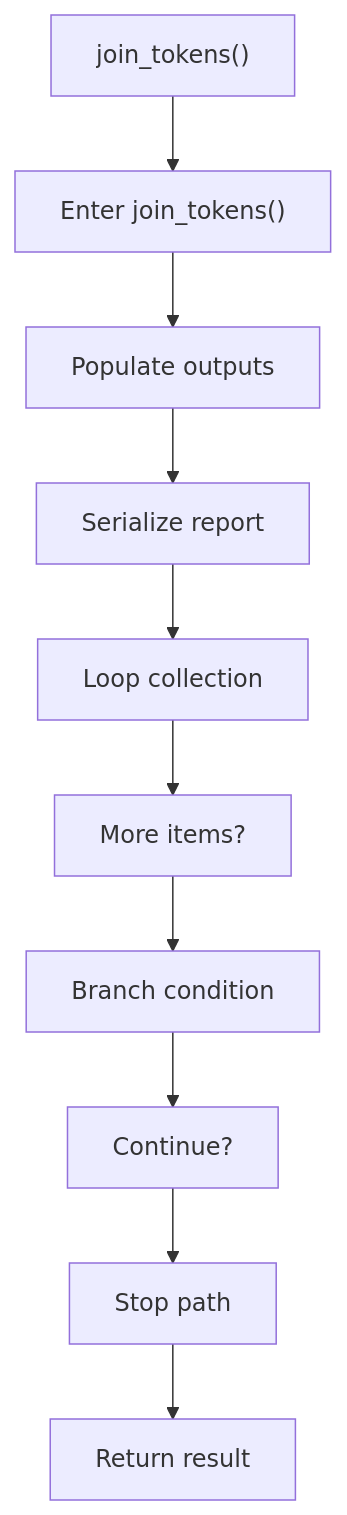
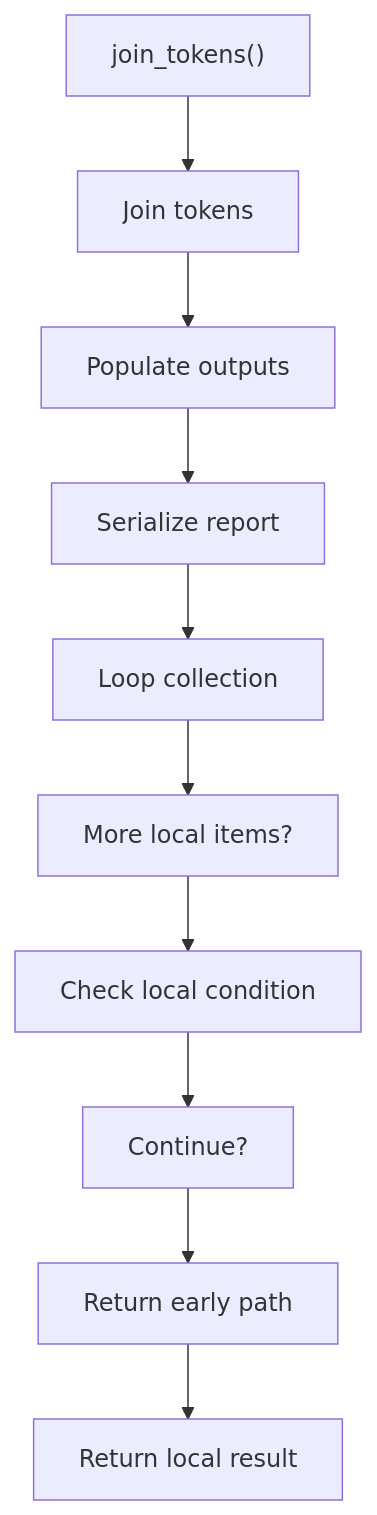
Before and after one commit to JohnAndrewBalbarosa/NeoTerritory: the first of 2 diagrams in docs/Codebase/Microservice/Modules/Source/Trees/ClassGeneration/Actual/Internal/Line/Flow/functions/join_tokens.cpp.md, drawn with Mermaid. The commit also changed other lines of this file and 925 other files, not shown here.

````diff
--- a/docs/Codebase/Microservice/Modules/Source/Trees/ClassGeneration/Actual/Internal/Line/Flow/functions/join_tokens.cpp.md
+++ b/docs/Codebase/Microservice/Modules/Source/Trees/ClassGeneration/Actual/Internal/Line/Flow/functions/join_tokens.cpp.md
@@ -26,22 +26,22 @@
 ```mermaid
 flowchart TD
     N0["join_tokens()"]
-    N1["Enter join_tokens()"]
+    N1["Join tokens"]
     N2["Populate outputs"]
     N3["Serialize report"]
     N4["Loop collection"]
-    N5["More items?"]
-    N6["Branch condition"]
+    N5["More local items?"]
+    N6["Check local condition"]
     N7["Continue?"]
-    N8["Stop path"]
-    N9["Return result"]
+    N8["Return early path"]
+    N9["Return local result"]
     N0 --> N1
     N1 --> N2
     N2 --> N3
     N3 --> N4
     N4 --> N5
     N5 --> N6
     N6 --> N7
     N7 --> N8
     N8 --> N9
 ```
````
